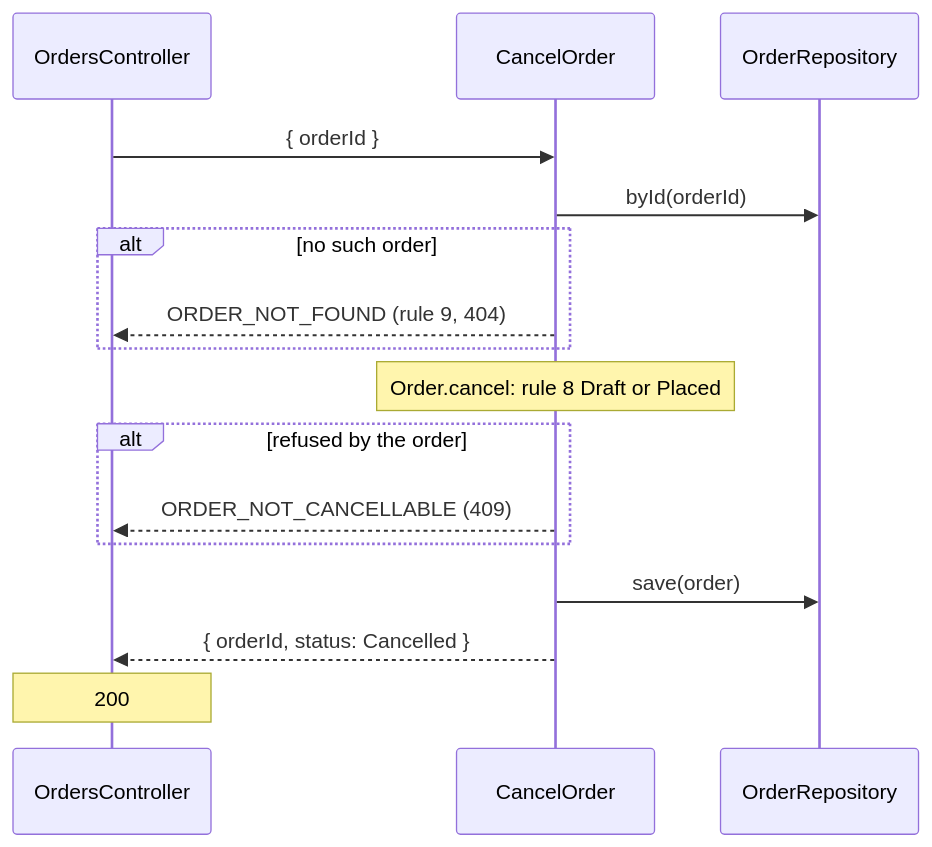
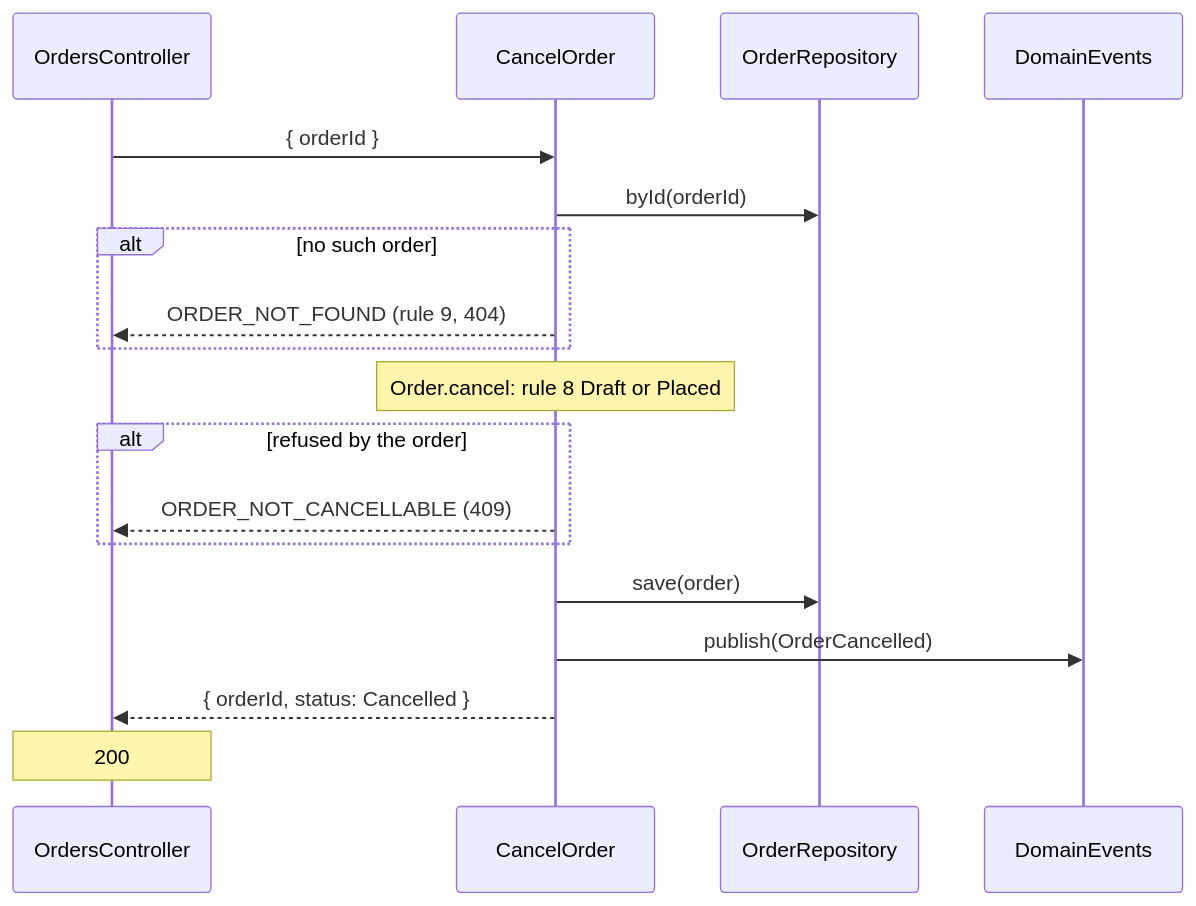
The fourth of 5 diagrams in docs/ordering/flows.md (Project-Builder-Schematics/Anvil), drawn with Mermaid before and after one commit. The commit also changed other lines of this file and 5 other files, not shown here.

````diff
--- a/docs/ordering/flows.md
+++ b/docs/ordering/flows.md
@@ -71,18 +93,20 @@
 ```mermaid
 sequenceDiagram
   participant C as OrdersController
   participant U as CancelOrder
   participant R as OrderRepository
+  participant E as DomainEvents
   C->>U: { orderId }
   U->>R: byId(orderId)
   alt no such order
     U-->>C: ORDER_NOT_FOUND (rule 9, 404)
   end
   Note over U: Order.cancel: rule 8 Draft or Placed
   alt refused by the order
     U-->>C: ORDER_NOT_CANCELLABLE (409)
   end
   U->>R: save(order)
+  U->>E: publish(OrderCancelled)
   U-->>C: { orderId, status: Cancelled }
   Note over C: 200
 ```
````
